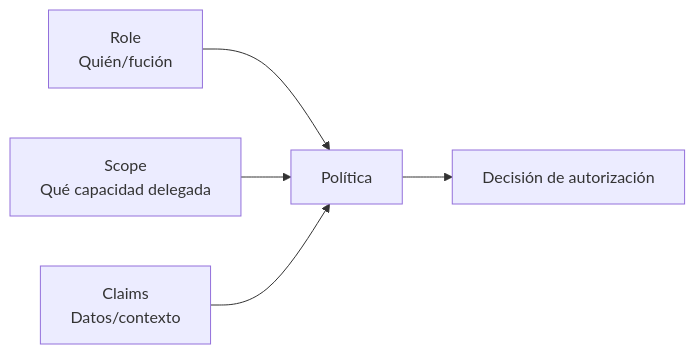
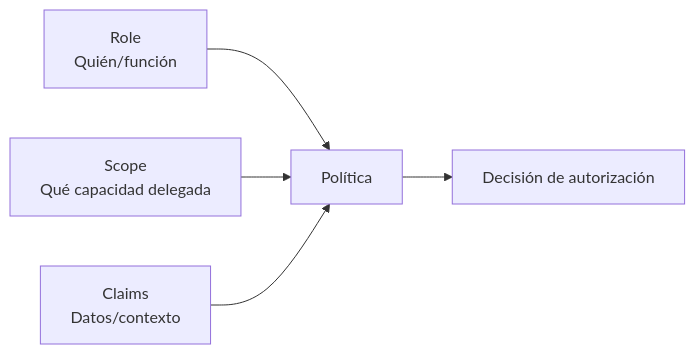
One commit to cmartinezs/DSY1107-DESARROLLO-CLOUD-NATIVE-I-2026-2 changed the eighth of 12 diagrams in semanas/semana-02/01-oauth2-oidc.md. Above: the diagram before and after it, drawn with Mermaid. The commit also changed other lines of this file, not shown here.

````diff
--- a/semanas/semana-02/01-oauth2-oidc.md
+++ b/semanas/semana-02/01-oauth2-oidc.md
@@ -317,7 +450,7 @@
 ```mermaid
 flowchart LR
-    R[Role\nQuién/fución] --> P[Política]
+    R[Role\nQuién/función] --> P[Política]
     S[Scope\nQué capacidad delegada] --> P
     C[Claims\nDatos/contexto] --> P
     P --> D[Decisión de autorización]
 ```
````
